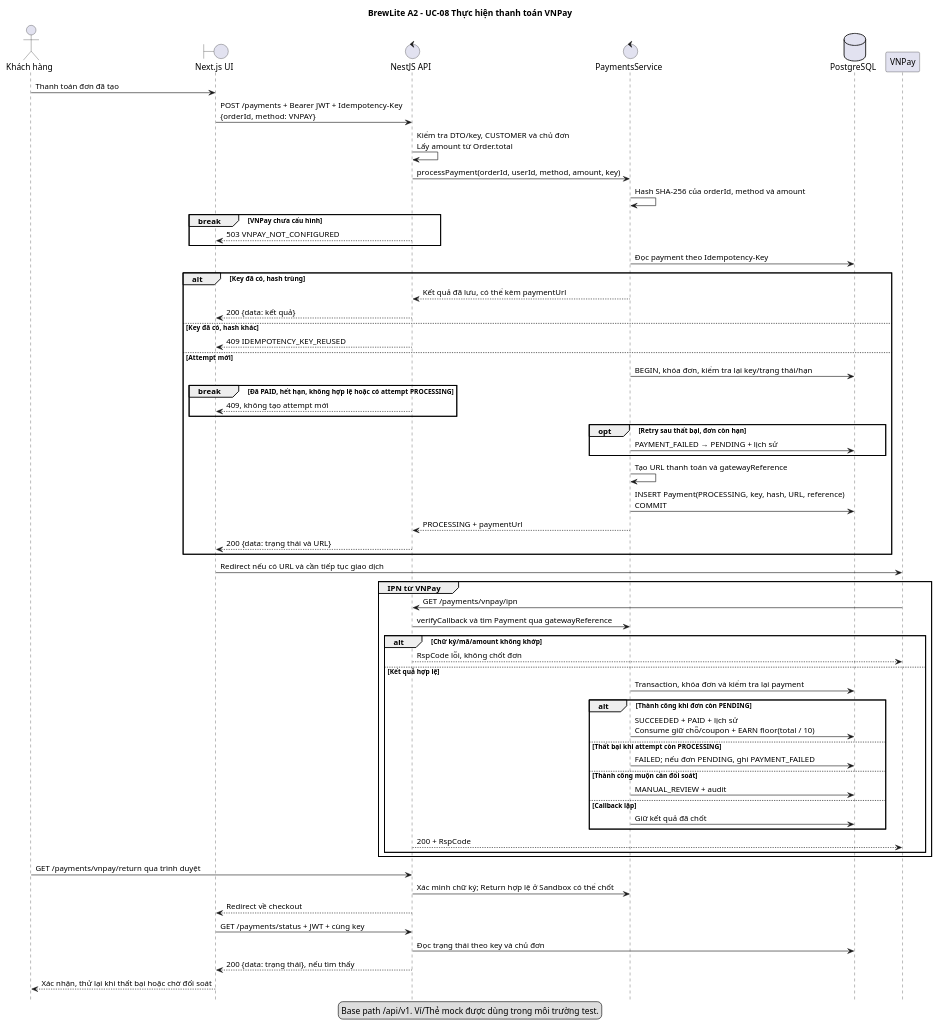
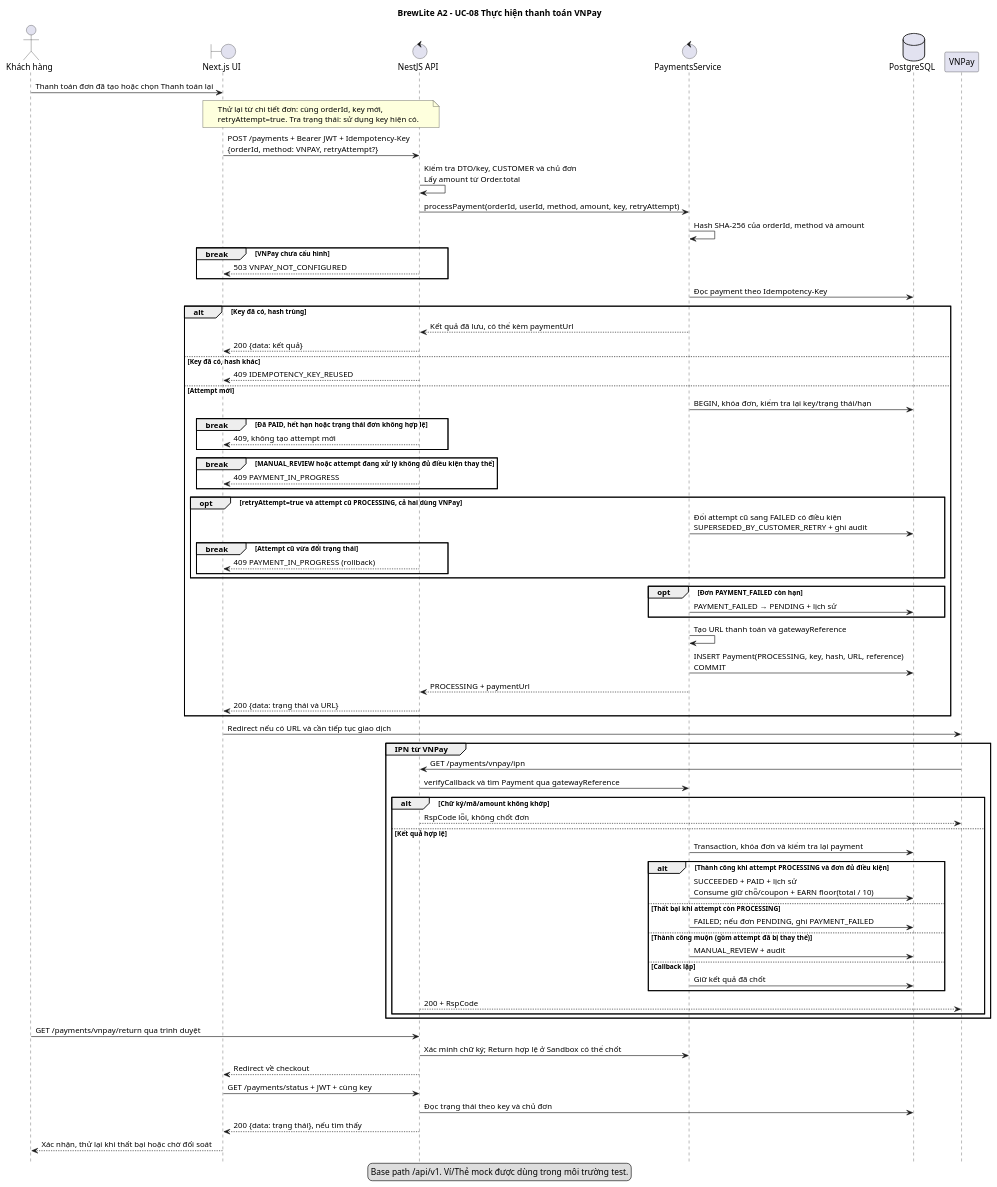
One commit to Fatcatmmb-sudo/BrewLite_A2 changed the diagram in docs/diagrams/sequence-payment.puml. Above: the diagram before and after it, drawn with PlantUML. The commit also changed 31 other files, not shown here.

```diff
--- a/docs/diagrams/sequence-payment.puml
+++ b/docs/diagrams/sequence-payment.puml
@@ -1,72 +1,85 @@
 @startuml
 title BrewLite A2 - UC-08 Thực hiện thanh toán VNPay
 hide footbox
 skinparam defaultFontName Arial
 skinparam shadowing false
 actor "Khách hàng" as Customer
 boundary "Next.js UI" as UI
 control "NestJS API" as API
 control "PaymentsService" as Pay
 database "PostgreSQL" as DB
 participant "VNPay" as VN
 
-Customer -> UI: Thanh toán đơn đã tạo
-UI -> API: POST /payments + Bearer JWT + Idempotency-Key\n{orderId, method: VNPAY}
+Customer -> UI: Thanh toán đơn đã tạo hoặc chọn Thanh toán lại
+note over UI, API
+  Thử lại từ chi tiết đơn: cùng orderId, key mới,
+  retryAttempt=true. Tra trạng thái: sử dụng key hiện có.
+end note
+UI -> API: POST /payments + Bearer JWT + Idempotency-Key\n{orderId, method: VNPAY, retryAttempt?}
 API -> API: Kiểm tra DTO/key, CUSTOMER và chủ đơn\nLấy amount từ Order.total
-API -> Pay: processPayment(orderId, userId, method, amount, key)
+API -> Pay: processPayment(orderId, userId, method, amount, key, retryAttempt)
 Pay -> Pay: Hash SHA-256 của orderId, method và amount
 break VNPay chưa cấu hình
   API --> UI: 503 VNPAY_NOT_CONFIGURED
 end
 Pay -> DB: Đọc payment theo Idempotency-Key
 alt Key đã có, hash trùng
   Pay --> API: Kết quả đã lưu, có thể kèm paymentUrl
   API --> UI: 200 {data: kết quả}
 else Key đã có, hash khác
   API --> UI: 409 IDEMPOTENCY_KEY_REUSED
 else Attempt mới
   Pay -> DB: BEGIN, khóa đơn, kiểm tra lại key/trạng thái/hạn
-  break Đã PAID, hết hạn, không hợp lệ hoặc có attempt PROCESSING
+  break Đã PAID, hết hạn hoặc trạng thái đơn không hợp lệ
     API --> UI: 409, không tạo attempt mới
   end
-  opt Retry sau thất bại, đơn còn hạn
+  break MANUAL_REVIEW hoặc attempt đang xử lý không đủ điều kiện thay thế
+    API --> UI: 409 PAYMENT_IN_PROGRESS
+  end
+  opt retryAttempt=true và attempt cũ PROCESSING, cả hai dùng VNPay
+    Pay -> DB: Đổi attempt cũ sang FAILED có điều kiện\nSUPERSEDED_BY_CUSTOMER_RETRY + ghi audit
+    break Attempt cũ vừa đổi trạng thái
+      API --> UI: 409 PAYMENT_IN_PROGRESS (rollback)
+    end
+  end
+  opt Đơn PAYMENT_FAILED còn hạn
     Pay -> DB: PAYMENT_FAILED → PENDING + lịch sử
   end
   Pay -> Pay: Tạo URL thanh toán và gatewayReference
   Pay -> DB: INSERT Payment(PROCESSING, key, hash, URL, reference)\nCOMMIT
   Pay --> API: PROCESSING + paymentUrl
   API --> UI: 200 {data: trạng thái và URL}
 end
 UI -> VN: Redirect nếu có URL và cần tiếp tục giao dịch
 
 group IPN từ VNPay
   VN -> API: GET /payments/vnpay/ipn
   API -> Pay: verifyCallback và tìm Payment qua gatewayReference
   alt Chữ ký/mã/amount không khớp
     API --> VN: RspCode lỗi, không chốt đơn
   else Kết quả hợp lệ
     Pay -> DB: Transaction, khóa đơn và kiểm tra lại payment
-    alt Thành công khi đơn còn PENDING
+    alt Thành công khi attempt PROCESSING và đơn đủ điều kiện
       Pay -> DB: SUCCEEDED + PAID + lịch sử\nConsume giữ chỗ/coupon + EARN floor(total / 10)
     else Thất bại khi attempt còn PROCESSING
       Pay -> DB: FAILED; nếu đơn PENDING, ghi PAYMENT_FAILED
-    else Thành công muộn cần đối soát
+    else Thành công muộn (gồm attempt đã bị thay thế)
       Pay -> DB: MANUAL_REVIEW + audit
     else Callback lặp
       Pay -> DB: Giữ kết quả đã chốt
     end
     API --> VN: 200 + RspCode
   end
 end
 Customer -> API: GET /payments/vnpay/return qua trình duyệt
 API -> Pay: Xác minh chữ ký; Return hợp lệ ở Sandbox có thể chốt
 API --> UI: Redirect về checkout
 UI -> API: GET /payments/status + JWT + cùng key
 API -> DB: Đọc trạng thái theo key và chủ đơn
 API --> UI: 200 {data: trạng thái}, nếu tìm thấy
 UI --> Customer: Xác nhận, thử lại khi thất bại hoặc chờ đối soát
 
 legend bottom
   Base path /api/v1. Ví/Thẻ mock được dùng trong môi trường test.
 endlegend
 @enduml
```
